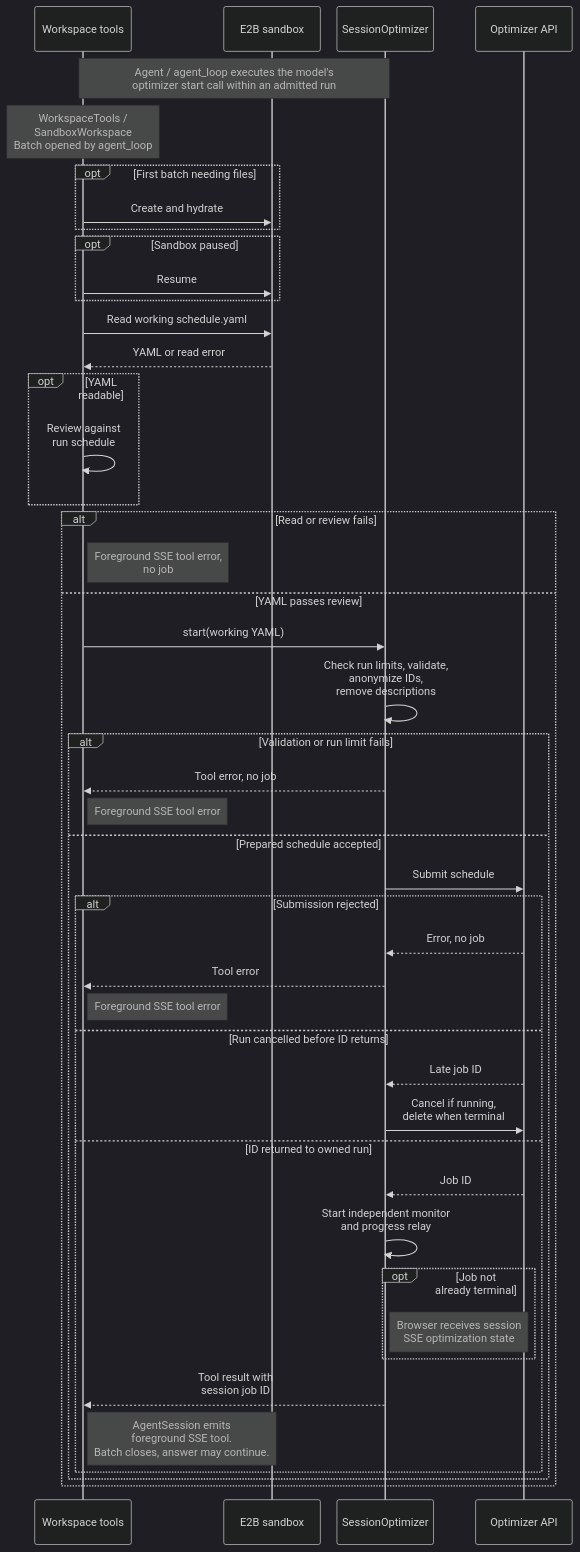
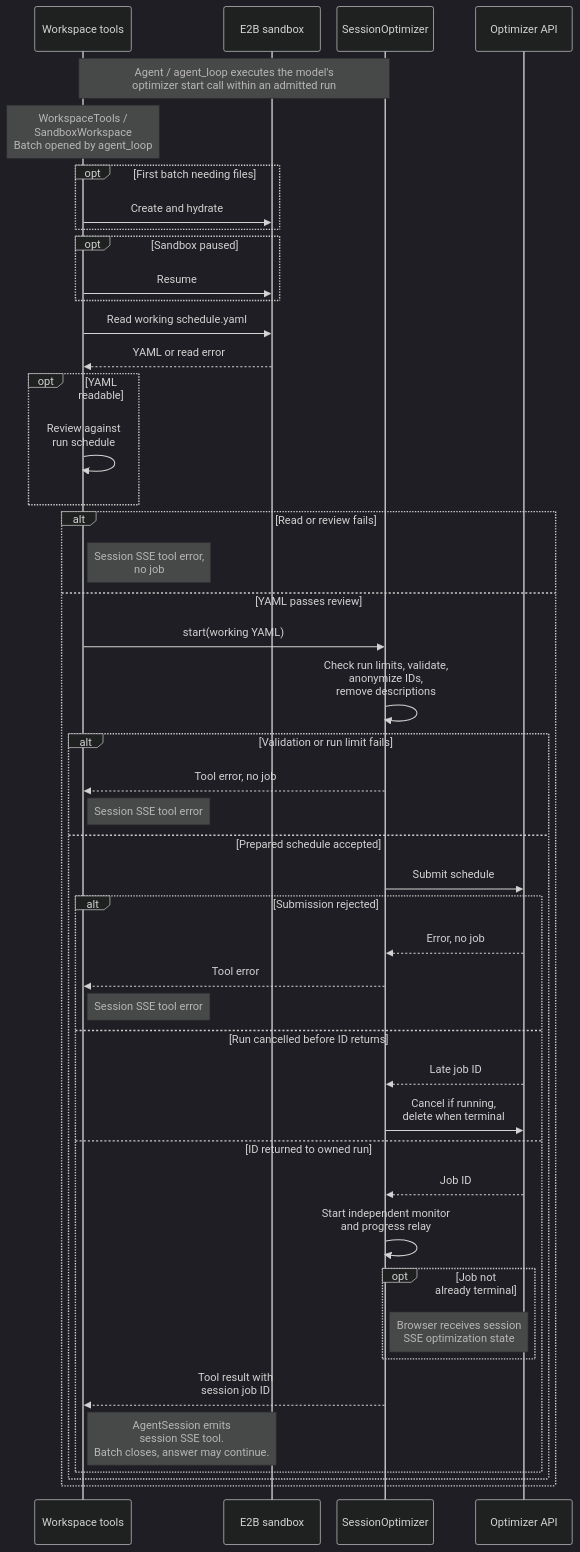
Before and after one commit to j3soon/nurse-scheduling: diagram 11 of 15 in docs/content/developer-guide/ai-assistant.md, drawn with Mermaid (dark theme). The commit also changed other lines of this file and 16 other files, not shown here.

````diff
--- a/docs/content/developer-guide/ai-assistant.md
+++ b/docs/content/developer-guide/ai-assistant.md
@@ -538,60 +534,60 @@
 ```mermaid
 ---
 config:
   sequence:
     actorMargin: 12
     width: 140
     diagramMarginX: 4
     diagramMarginY: 8
     wrap: false
     wrapPadding: 4
 ---
 sequenceDiagram
     participant Agent as Workspace tools
     participant E2B as E2B sandbox
     participant Jobs as SessionOptimizer
     participant API as Optimizer API
 
     Note over Agent,Jobs: Agent / agent_loop executes the model's<br/>optimizer start call within an admitted run
     Note over Agent: WorkspaceTools /<br/>SandboxWorkspace<br/>Batch opened by agent_loop
     opt First batch needing files
         Agent->>E2B: Create and hydrate
     end
     opt Sandbox paused
         Agent->>E2B: Resume
     end
     Agent->>E2B: Read working schedule.yaml
     E2B-->>Agent: YAML or read error
     opt YAML readable
         Agent->>Agent: Review against<br/>run schedule
     end
     alt Read or review fails
-        Note right of Agent: Foreground SSE tool error,<br/>no job
+        Note right of Agent: Session SSE tool error,<br/>no job
     else YAML passes review
         Agent->>Jobs: start(working YAML)
         Jobs->>Jobs: Check run limits, validate,<br/>anonymize IDs,<br/>remove descriptions
         alt Validation or run limit fails
             Jobs-->>Agent: Tool error, no job
-            Note right of Agent: Foreground SSE tool error
+            Note right of Agent: Session SSE tool error
         else Prepared schedule accepted
             Jobs->>API: Submit schedule
             alt Submission rejected
                 API-->>Jobs: Error, no job
                 Jobs-->>Agent: Tool error
-                Note right of Agent: Foreground SSE tool error
+                Note right of Agent: Session SSE tool error
             else Run cancelled before ID returns
                 API-->>Jobs: Late job ID
                 Jobs->>API: Cancel if running,<br/>delete when terminal
             else ID returned to owned run
                 API-->>Jobs: Job ID
                 Jobs->>Jobs: Start independent monitor<br/>and progress relay
                 opt Job not<br/>already terminal
                     Note right of Jobs: Browser receives session<br/>SSE optimization state
                 end
                 Jobs-->>Agent: Tool result with<br/>session job ID
-                Note right of Agent: AgentSession emits<br/>foreground SSE tool.<br/>Batch closes, answer may continue.
+                Note right of Agent: AgentSession emits<br/>session SSE tool.<br/>Batch closes, answer may continue.
             end
         end
     end
 
 ```
````
